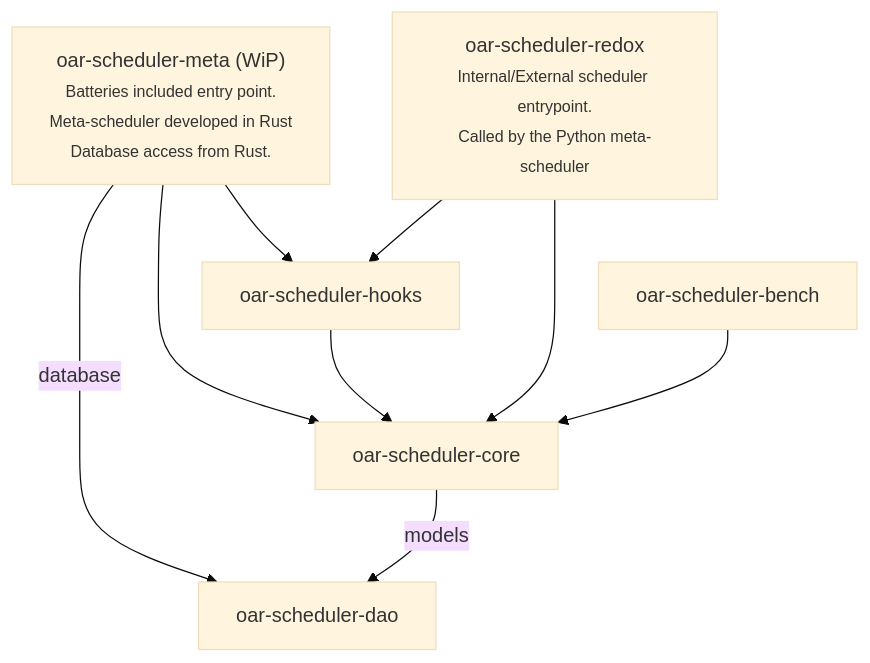
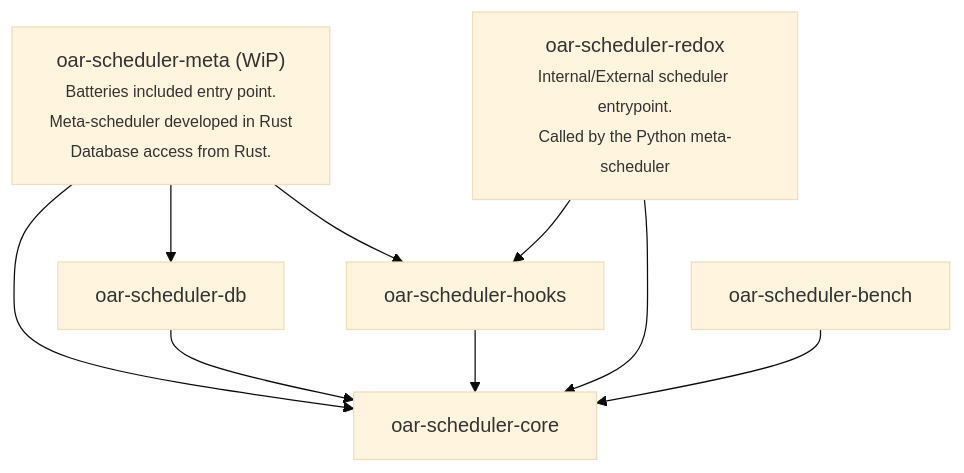
The diagram in README.md (oar-team/oar-scheduler-redox), drawn with Mermaid (base theme) before and after one commit. The commit also changed other lines of this file and 44 other files, not shown here.

````diff
--- a/README.md
+++ b/README.md
@@ -61,12 +60,12 @@
 ```mermaid
 graph TD
 ;
   oar-scheduler-meta["oar-scheduler-meta (WiP)<br/><span style='font-size: 0.8em;'>Batteries included entry point.<br/>Meta-scheduler developed in Rust<br/>Database access from Rust.</span>"] --> oar-scheduler-core
+  oar-scheduler-meta --> oar-scheduler-hooks
+  oar-scheduler-meta --> oar-scheduler-db
+  oar-scheduler-db --> oar-scheduler-core
   oar-scheduler-hooks --> oar-scheduler-core
-  oar-scheduler-meta --> oar-scheduler-hooks
-  oar-scheduler-meta -->|database| oar-scheduler-dao
   oar-scheduler-redox["oar-scheduler-redox<br/><span style='font-size: 0.8em;'>Internal/External scheduler entrypoint.<br/>Called by the Python meta-scheduler</span>"] --> oar-scheduler-hooks
-    oar-scheduler-redox --> oar-scheduler-core
-    oar-scheduler-bench --> oar-scheduler-core
-  oar-scheduler-core -->|models| oar-scheduler-dao
+  oar-scheduler-redox --> oar-scheduler-core
+  oar-scheduler-bench --> oar-scheduler-core
 ```
````
